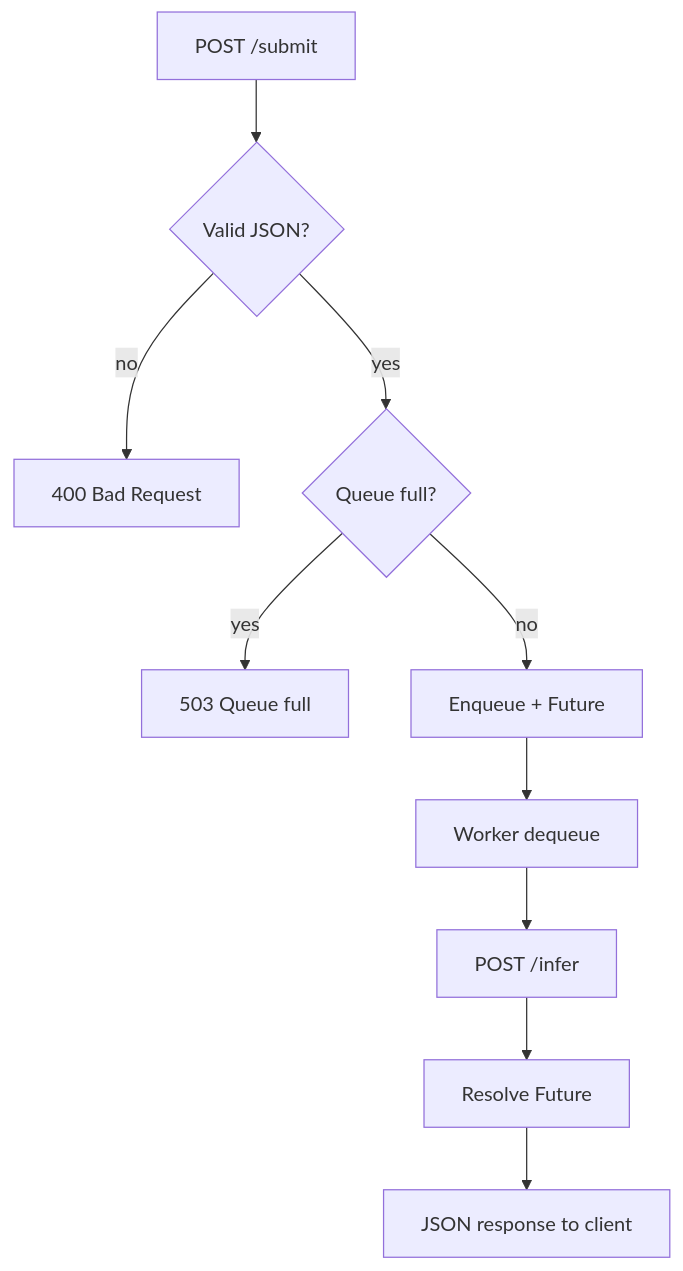
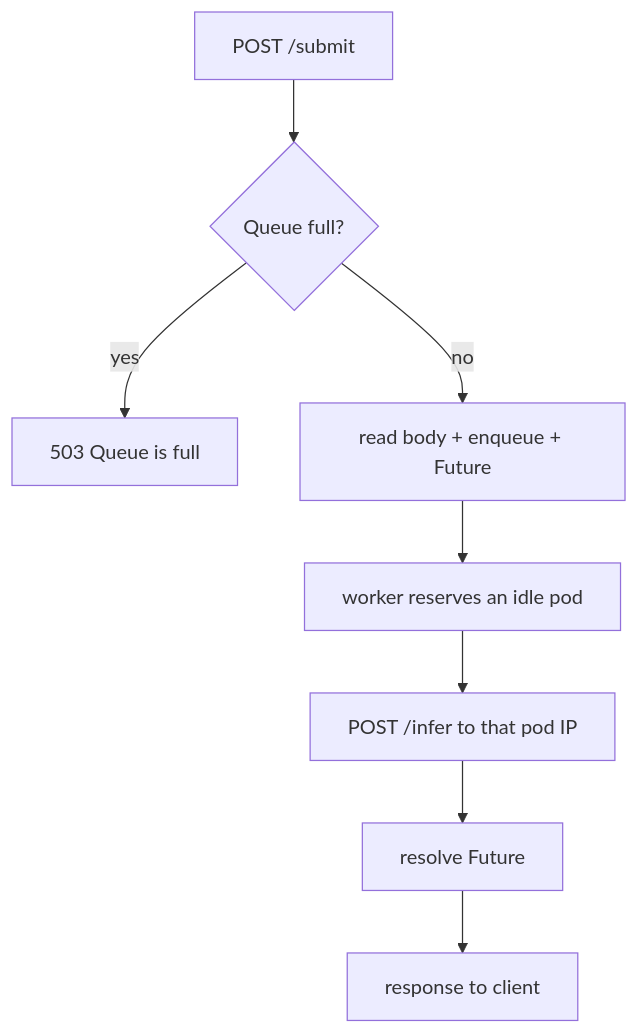
Before and after one commit to RaaaayN/cloud-computing: the diagram in docs/DISPATCHER.md, drawn with Mermaid. The commit also changed other lines of this file and 5 other files, not shown here.

````diff
--- a/docs/DISPATCHER.md
+++ b/docs/DISPATCHER.md
@@ -21,12 +50,10 @@
 ```mermaid
 flowchart TD
-  A[POST /submit] --> B{Valid JSON?}
-  B -->|no| E400[400 Bad Request]
-  B -->|yes| C{Queue full?}
-  C -->|yes| E503[503 Queue full]
-  C -->|no| D[Enqueue + Future]
-  D --> W[Worker dequeue]
-  W --> F[POST /infer]
-  F --> R[Resolve Future]
-  R --> OK[JSON response to client]
+  A[POST /submit] --> C{Queue full?}
+  C -->|yes| E503[503 Queue is full]
+  C -->|no| D[read body + enqueue + Future]
+  D --> W[worker reserves an idle pod]
+  W --> F[POST /infer to that pod IP]
+  F --> R[resolve Future]
+  R --> OK[response to client]
 ```
````
